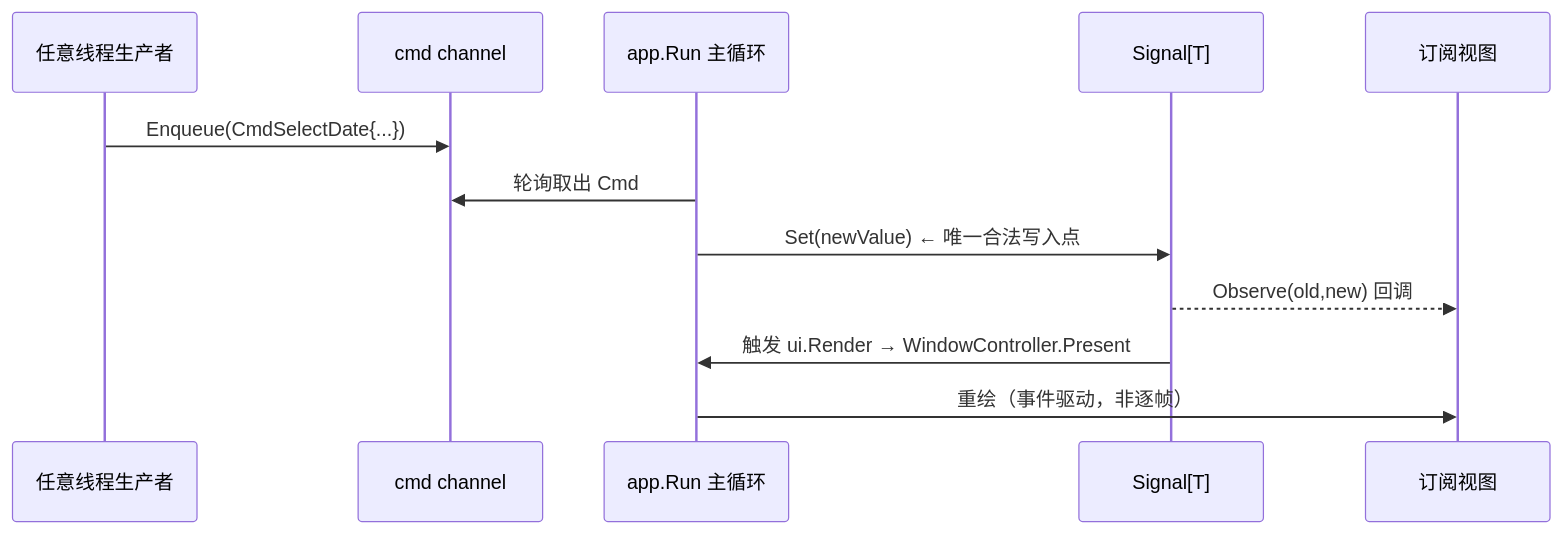
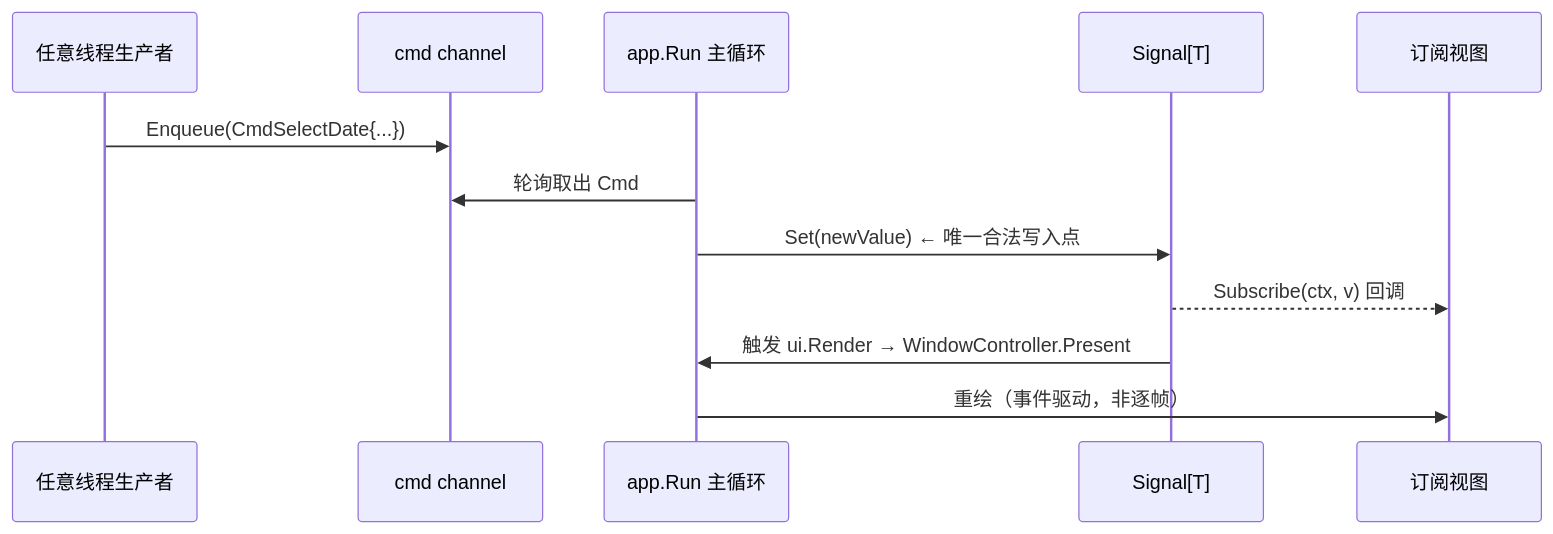
The third of 4 diagrams in docs/30-State/Signal.md (shaolei/DeskCalendar), drawn with Mermaid before and after one commit. The commit also changed other lines of this file and 8 other files, not shown here.

````diff
--- a/docs/30-State/Signal.md
+++ b/docs/30-State/Signal.md
@@ -101,15 +102,15 @@
 ```mermaid
 sequenceDiagram
     participant Prod as 任意线程生产者
     participant Ch as cmd channel
     participant Main as app.Run 主循环
     participant Sig as Signal[T]
     participant View as 订阅视图
 
     Prod->>Ch: Enqueue(CmdSelectDate{...})
     Main->>Ch: 轮询取出 Cmd
     Main->>Sig: Set(newValue)  ← 唯一合法写入点
-    Sig-->>View: Observe(old,new) 回调
+    Sig-->>View: Subscribe(ctx, v) 回调
     Sig->>Main: 触发 ui.Render → WindowController.Present
     Main->>View: 重绘（事件驱动，非逐帧）
 ```
````
